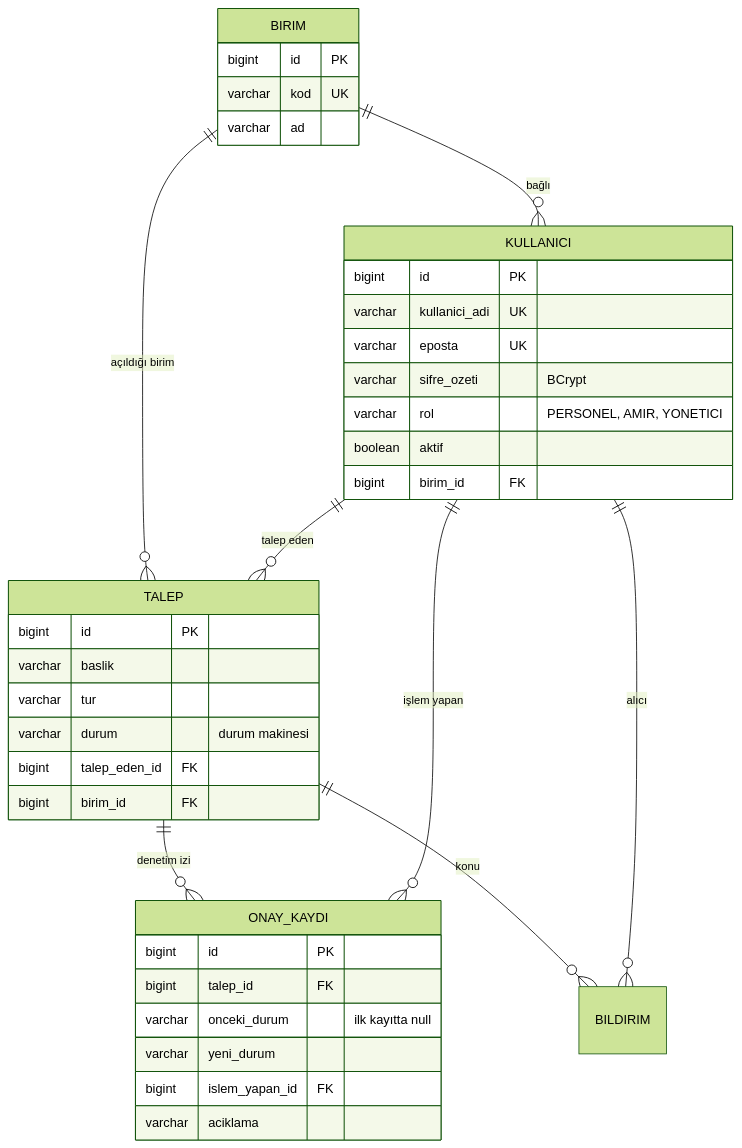
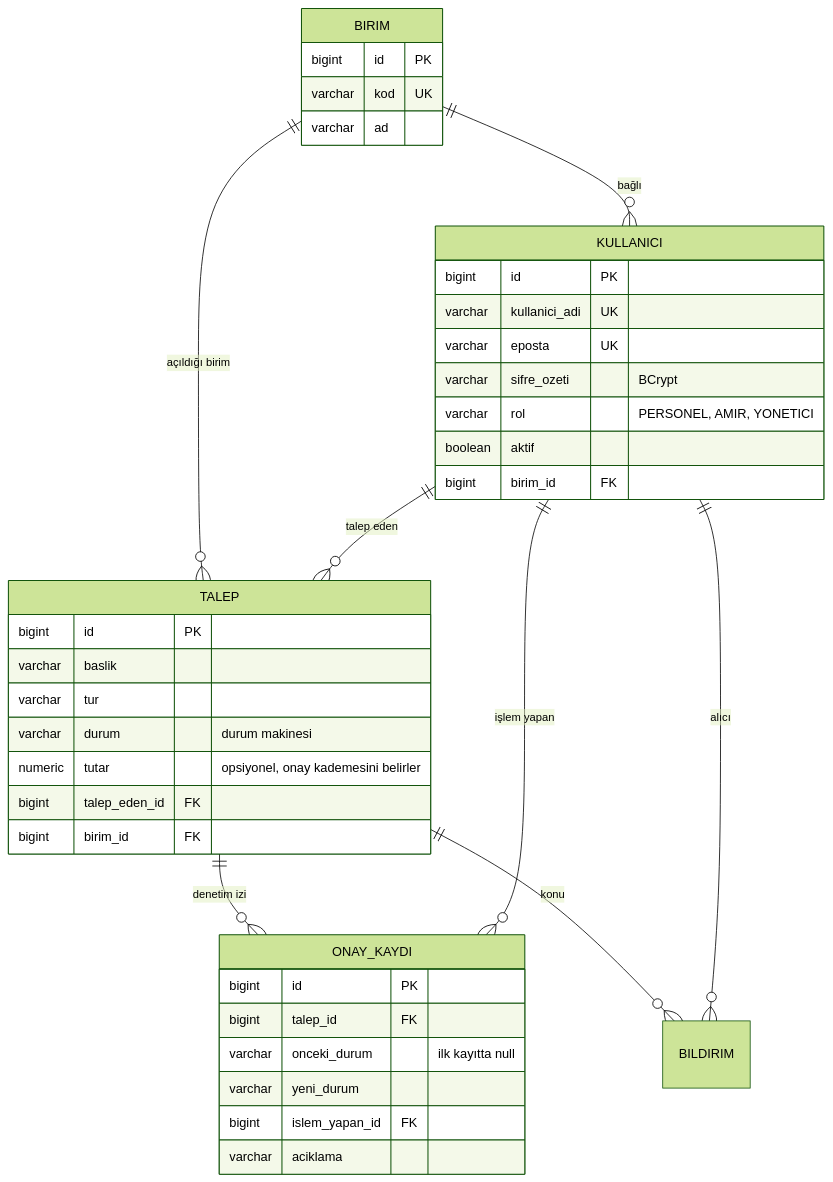
Before and after one commit to ebraronuk/talep-onay-sistemi: the second of 4 diagrams in README.md, drawn with Mermaid (forest theme). The commit also changed other lines of this file and 34 other files, not shown here.

First line of the commit message:
feat: tutar bazli iki kademeli onay - on yuz ve dokumanlar tamamlandi

````diff
--- a/README.md
+++ b/README.md
@@ -95,41 +97,42 @@
 ```mermaid
 erDiagram
     BIRIM ||--o{ KULLANICI : "bağlı"
     BIRIM ||--o{ TALEP : "açıldığı birim"
     KULLANICI ||--o{ TALEP : "talep eden"
     TALEP ||--o{ ONAY_KAYDI : "denetim izi"
     KULLANICI ||--o{ ONAY_KAYDI : "işlem yapan"
     TALEP ||--o{ BILDIRIM : "konu"
     KULLANICI ||--o{ BILDIRIM : "alıcı"
 
     BIRIM {
         bigint id PK
         varchar kod UK
         varchar ad
     }
     KULLANICI {
         bigint id PK
         varchar kullanici_adi UK
         varchar eposta UK
         varchar sifre_ozeti "BCrypt"
         varchar rol "PERSONEL, AMIR, YONETICI"
         boolean aktif
         bigint birim_id FK
     }
     TALEP {
         bigint id PK
         varchar baslik
         varchar tur
         varchar durum "durum makinesi"
+        numeric tutar "opsiyonel, onay kademesini belirler"
         bigint talep_eden_id FK
         bigint birim_id FK
     }
     ONAY_KAYDI {
         bigint id PK
         bigint talep_id FK
         varchar onceki_durum "ilk kayıtta null"
         varchar yeni_durum
         bigint islem_yapan_id FK
         varchar aciklama
     }
 ```
````
